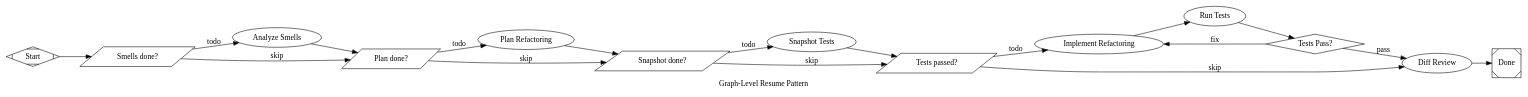
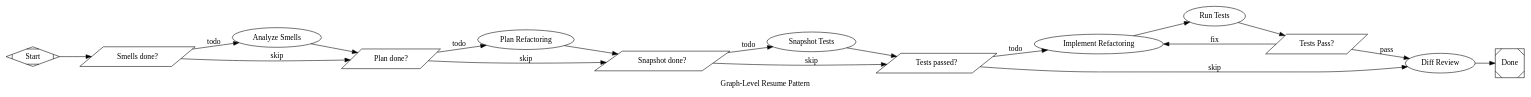
The diagram in examples/pipelines/12-graph-resume.dot (microsoft/amplifier-bundle-attractor), drawn with Graphviz before and after one commit. The commit also changed 16 other files, not shown here.

```diff
--- a/examples/pipelines/12-graph-resume.dot
+++ b/examples/pipelines/12-graph-resume.dot
@@ -1,158 +1,166 @@
 // 12-graph-resume.dot -- Graph-level resume via file-state self-skip.
 //
 // PATTERN: Graph-level resume (the correct approach)
 //
 // The engine ALWAYS runs from Start on every invocation -- no goto, no
 // jump, no special "resume mode". Resume happens ENTIRELY at the graph
 // level: each check_* guard node (shape=parallelogram) tests for its
 // stage's artifact file and prints a routing token:
 //
 //   "done"  -> artifact exists -> skip this stage (jump to next check_*)
 //   "todo"  -> artifact missing -> run the work node
 //
 // To REWIND a stage: delete its artifact file and re-run. The engine
 // re-evaluates from Start and naturally re-executes only the rewound
 // stage and everything downstream from it.
 //
 // No engine resume support is needed or used. The engine does not know
 // or care about artifacts; it executes the graph exactly as written.
 //
 // Scenario: Safely refactor a Python module across 6 progressive stages.
 //
 // Artifacts and their guard files:
 //   Stage 1 - Smell analysis   : .ai/smells.md
 //   Stage 2 - Refactor plan    : .ai/refactor-plan.md
 //   Stage 3 - Snapshot tests   : .ai/snapshot.txt
 //   Stage 4/5 - Implement+test : .ai/STATE.json  { "tests_passed": true }
 //   Stage 6 - Diff review      : (always runs -- last step, no guard)
 //
 // Rewind examples:
 //   Delete .ai/refactor-plan.md  -> stages 2, 3, 4/5, 6 re-execute
 //   Delete .ai/STATE.json        -> stages 4/5 and 6 re-execute
 //   Delete .ai/smells.md         -> all stages re-execute
 
 digraph GraphResume {
     graph [
         goal="Refactor src/legacy.py to eliminate god-class anti-patterns",
         label="Graph-Level Resume Pattern",
         default_fidelity="full",
         default_thread_id="graph-resume",
         default_max_retry=2
     ]
     rankdir=LR
 
     start [shape=Mdiamond, label="Start"]
     done  [shape=Msquare, label="Done"]
 
     // ── Stage 1: Code smell analysis ──────────────────────────────────────────
     // Guard: check for .ai/smells.md. If it exists the analysis already ran;
     // skip directly to the plan guard. Otherwise run analyze_smells.
     check_smells [
         shape=parallelogram,
         label="Smells done?",
         tool_command="test -f .ai/smells.md && printf done || printf todo"
     ]
 
     analyze_smells [
         label="Analyze Smells",
         prompt="Analyze the code described in $goal for code smells: long methods, deep nesting, duplicated logic, god classes, feature envy, primitive obsession. Rank findings by impact and effort to fix. Write your complete findings to .ai/smells.md -- this file is the artifact that allows the resume guard to skip this stage on the next run."
     ]
 
     // ── Stage 2: Refactoring plan ─────────────────────────────────────────────
     // Guard: check for .ai/refactor-plan.md.
     // plan_refactor is a reasoning-heavy node -- deleting .ai/refactor-plan.md
     // forces a fresh (full-cost) plan without modifying the graph.
     check_plan [
         shape=parallelogram,
         label="Plan done?",
         tool_command="test -f .ai/refactor-plan.md && printf done || printf todo"
     ]
 
     plan_refactor [
         label="Plan Refactoring",
         prompt="Read .ai/smells.md. Create a step-by-step refactoring plan for $goal. For each step: (1) what changes, (2) why it improves the code, (3) what could break. Order steps safest-first to minimize risk. Write the complete plan to .ai/refactor-plan.md -- this file is the artifact that allows the resume guard to skip this stage on the next run."
     ]
 
     // ── Stage 3: Snapshot baseline tests ──────────────────────────────────────
     // Guard: check for .ai/snapshot.txt.
     check_snapshot [
         shape=parallelogram,
         label="Snapshot done?",
         tool_command="test -f .ai/snapshot.txt && printf done || printf todo"
     ]
 
     snapshot_tests [
         label="Snapshot Tests",
         prompt="Run the existing test suite (pytest -v --tb=short) and capture the full output as a regression baseline. If no tests exist, write characterization tests that capture the current behavior first, then run them. Write the captured output to .ai/snapshot.txt -- this file is the artifact that allows the resume guard to skip this stage on the next run."
     ]
 
     // ── Stage 4 + 5: Implement refactoring and verify tests ───────────────────
     // Guard: check STATE.json for tests_passed=true.
     //   tests_passed=true  -> implement and test loop already succeeded; skip to diff_review
     //   tests_passed=false -> implement ran but tests still failing; re-enter the loop
     //   file missing       -> implement has not run yet; enter the loop from the top
     //
     // STATE.json lifecycle:
     //   implement_refactor writes: {"tests_passed": false}  (implementation done, not yet tested)
     //   run_tests updates to:      {"tests_passed": true}   (only when ALL tests pass)
     check_tests_done [
         shape=parallelogram,
         label="Tests passed?",
         tool_command="python3 -c 'import json,sys; d=json.load(open(\".ai/STATE.json\")); sys.exit(0 if d.get(\"tests_passed\") else 1)' 2>/dev/null && printf done || printf todo"
     ]
 
     implement_refactor [
         label="Implement Refactoring",
         prompt="Read .ai/refactor-plan.md. Execute the refactoring plan step by step. Make small, atomic changes using edit_file -- do not rewrite entire files. After completing all steps, write the JSON object {\"tests_passed\": false} to .ai/STATE.json to record that implementation is complete but regression verification has not yet been run."
     ]
 
     run_tests [
         label="Run Tests",
         prompt="Run the full test suite (pytest -v --tb=short). Compare results against the baseline in .ai/snapshot.txt. All previously-passing tests must still pass. If ALL tests pass: update .ai/STATE.json to {\"tests_passed\": true} and report success. If any regression: leave .ai/STATE.json as {\"tests_passed\": false} and report failure with details of what broke."
     ]
 
-    test_gate [shape=diamond, label="Tests Pass?"]
+    // Evidence gate -- shape=parallelogram runs the real verifier.
+    // Prints "pass" if pytest exits 0, "fail" otherwise. Edges route on
+    // context.tool.last_line -- the same pattern used by all other guard nodes
+    // in this pipeline (check_smells, check_plan, check_snapshot, check_tests_done).
+    test_gate [
+        shape=parallelogram,
+        label="Tests Pass?",
+        tool_command="pytest -q > /dev/null 2>&1 && printf pass || printf fail"
+    ]
 
     // ── Stage 6: Diff review ──────────────────────────────────────────────────
     // No guard -- diff_review always runs if we reach this stage.
     // To rewind the review (e.g. to re-examine after manual edits):
     //   delete .ai/STATE.json and re-run; the implement+test loop re-executes,
     //   and diff_review follows naturally.
     diff_review [
         label="Diff Review",
         prompt="Run git diff and review all changes. Verify: (1) no behavior changes -- this is pure refactoring, (2) the code is genuinely simpler and clearer, (3) no accidental deletions or regressions introduced. Summarize the improvements achieved."
     ]
 
     // ── Flow ──────────────────────────────────────────────────────────────────
 
     start -> check_smells
 
     // Stage 1 guard: skip or work
     check_smells -> analyze_smells [label="todo", condition="context.tool.last_line=todo"]
     check_smells -> check_plan     [label="skip", condition="context.tool.last_line=done"]
     analyze_smells -> check_plan
 
     // Stage 2 guard: skip or work
     check_plan -> plan_refactor  [label="todo", condition="context.tool.last_line=todo"]
     check_plan -> check_snapshot [label="skip", condition="context.tool.last_line=done"]
     plan_refactor -> check_snapshot
 
     // Stage 3 guard: skip or work
     check_snapshot -> snapshot_tests   [label="todo", condition="context.tool.last_line=todo"]
     check_snapshot -> check_tests_done [label="skip", condition="context.tool.last_line=done"]
     snapshot_tests -> check_tests_done
 
     // Stage 4/5 guard: skip (all tests already passed) or run the loop
     check_tests_done -> implement_refactor [label="todo", condition="context.tool.last_line=todo"]
     check_tests_done -> diff_review        [label="skip", condition="context.tool.last_line=done"]
 
     // Implement -> test -> gate: loop on failure, proceed to review on success
     implement_refactor -> run_tests
     run_tests -> test_gate
 
-    test_gate -> diff_review        [label="pass", condition="outcome=success"]
-    test_gate -> implement_refactor [label="fix",  condition="outcome!=success"]
+    test_gate -> diff_review        [label="pass", condition="context.tool.last_line=pass"]
+    test_gate -> implement_refactor [label="fix",  condition="context.tool.last_line=fail"]
 
     // Stage 6 always leads to done
     diff_review -> done
 }
```
